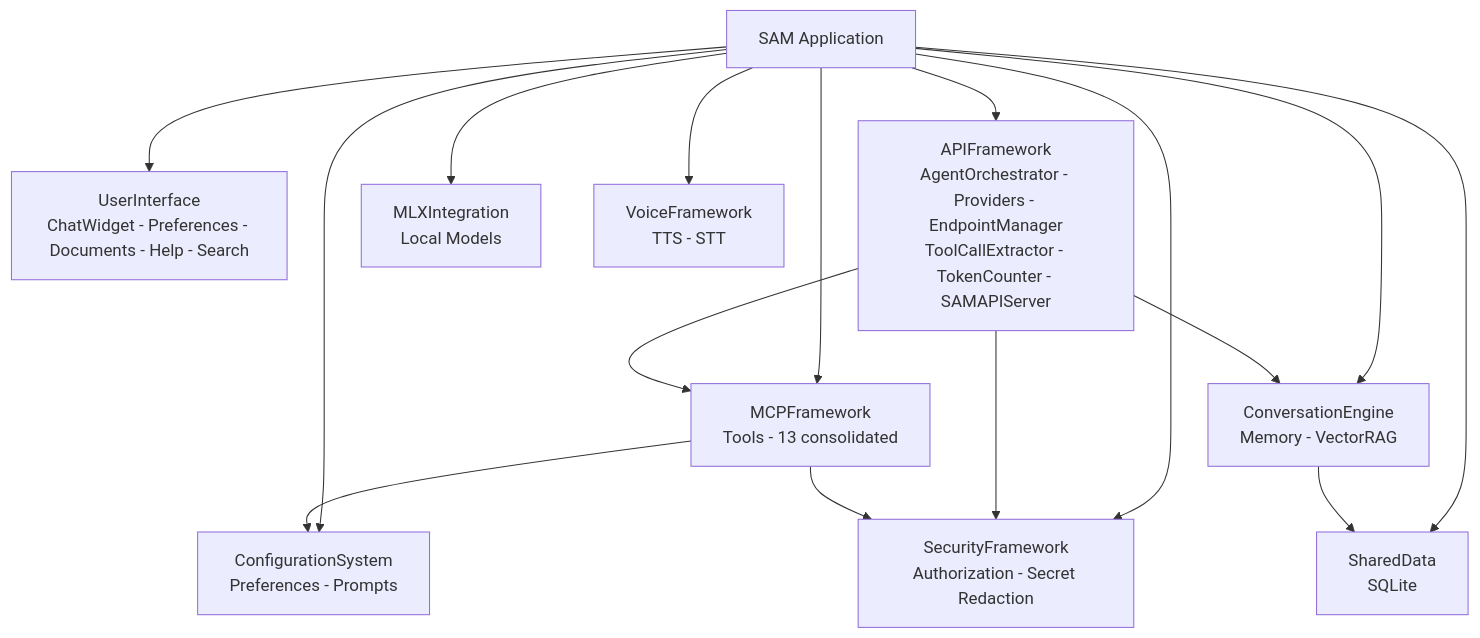
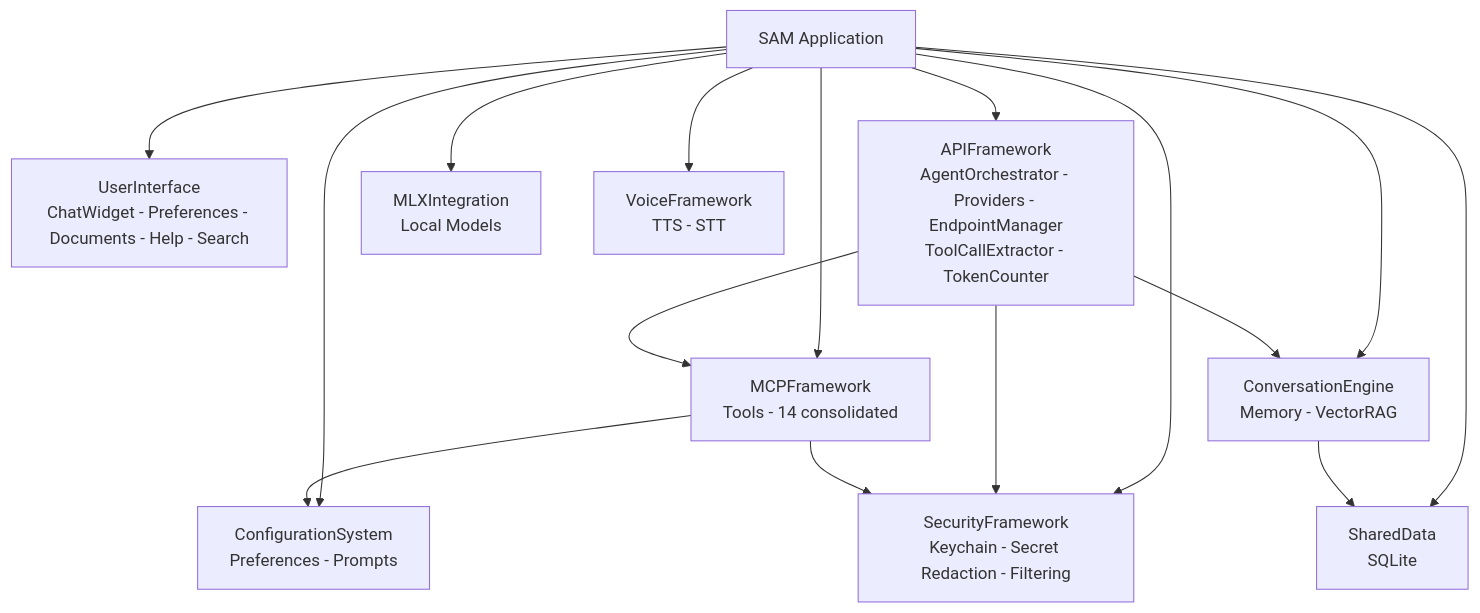
Before and after one commit to SyntheticAutonomicMind/SAM: the first of 3 diagrams in docs/ARCHITECTURE.md, drawn with Mermaid. The commit also changed other lines of this file and 15 other files, not shown here.

````diff
--- a/docs/ARCHITECTURE.md
+++ b/docs/ARCHITECTURE.md
@@ -17,30 +17,30 @@
 ```mermaid
 graph TB
     UI["UserInterface<br/>ChatWidget - Preferences - Documents - Help - Search"]
-    API["APIFramework<br/>AgentOrchestrator - Providers - EndpointManager<br/>ToolCallExtractor - TokenCounter - SAMAPIServer"]
-    MCP["MCPFramework<br/>Tools - 13 consolidated"]
+    API["APIFramework<br/>AgentOrchestrator - Providers - EndpointManager<br/>ToolCallExtractor - TokenCounter"]
+    MCP["MCPFramework<br/>Tools - 14 consolidated"]
     CONV["ConversationEngine<br/>Memory - VectorRAG"]
     CONFIG["ConfigurationSystem<br/>Preferences - Prompts"]
     MLX["MLXIntegration<br/>Local Models"]
     VOICE["VoiceFramework<br/>TTS - STT"]
     SHARED["SharedData<br/>SQLite"]
-    SECURITY["SecurityFramework<br/>Authorization - Secret Redaction"]
+    SECURITY["SecurityFramework<br/>Keychain - Secret Redaction - Filtering"]
     MAIN["SAM Application"]
     
     MAIN --> UI
     MAIN --> API
     MAIN --> MCP
     MAIN --> CONV
     MAIN --> CONFIG
     MAIN --> MLX
     MAIN --> VOICE
     MAIN --> SHARED
     MAIN --> SECURITY
     
     API --> MCP
     API --> CONV
     API --> SECURITY
     MCP --> SECURITY
     CONV --> SHARED
     MCP --> CONFIG
 ```
````
